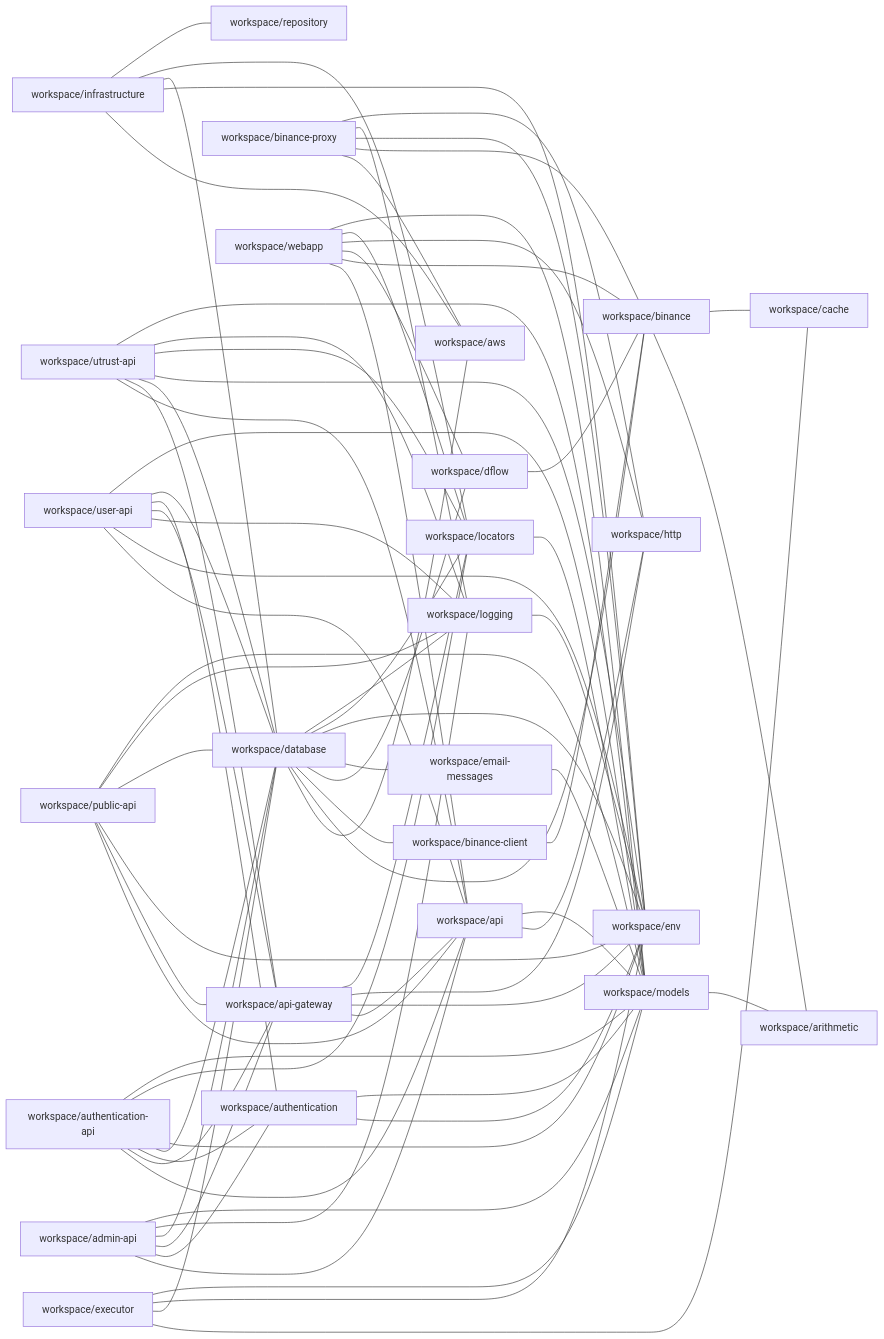
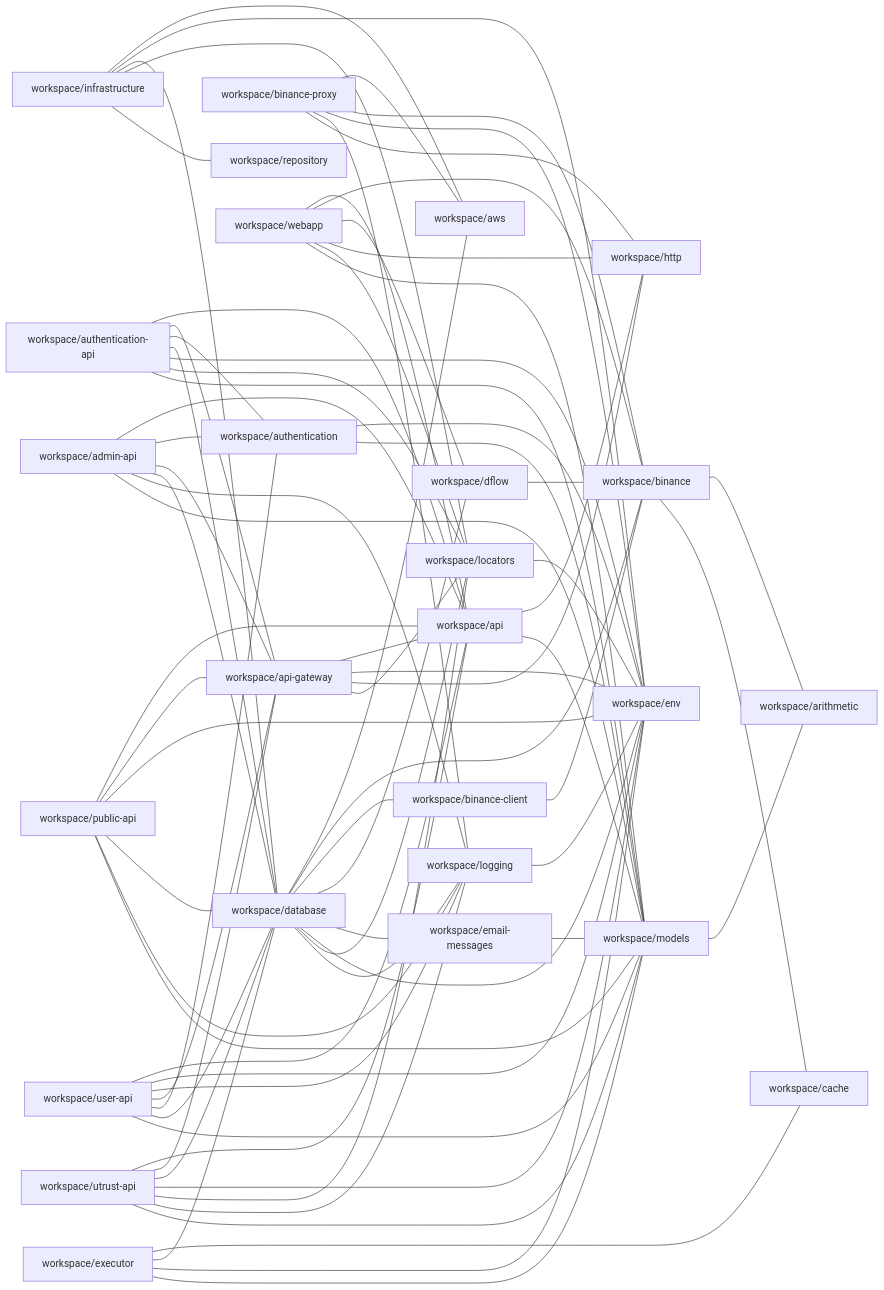
Before and after one commit to ggbot-org/ggbot: the diagram in docs/npm-dependencies.md, drawn with Mermaid. The commit also changed 18 other files, not shown here.

````diff
--- a/docs/npm-dependencies.md
+++ b/docs/npm-dependencies.md
@@ -5,80 +5,80 @@
 ```mermaid
 graph LR
     workspace/admin-api --- workspace/api
     workspace/admin-api --- workspace/authentication
     workspace/admin-api --- workspace/api-gateway
     workspace/admin-api --- workspace/database
     workspace/admin-api --- workspace/logging
     workspace/admin-api --- workspace/models
     workspace/api --- workspace/http
     workspace/api --- workspace/models
     workspace/api-gateway --- workspace/api
     workspace/api-gateway --- workspace/env
     workspace/api-gateway --- workspace/http
     workspace/api-gateway --- workspace/locators
     workspace/authentication --- workspace/env
     workspace/authentication --- workspace/models
     workspace/authentication-api --- workspace/api
     workspace/authentication-api --- workspace/api-gateway
     workspace/authentication-api --- workspace/authentication
     workspace/authentication-api --- workspace/database
     workspace/authentication-api --- workspace/env
     workspace/authentication-api --- workspace/locators
     workspace/authentication-api --- workspace/models
     workspace/binance --- workspace/arithmetic
     workspace/binance --- workspace/cache
     workspace/binance-client --- workspace/binance
     workspace/binance-proxy --- workspace/aws
     workspace/binance-proxy --- workspace/binance
     workspace/binance-proxy --- workspace/env
     workspace/binance-proxy --- workspace/logging
     workspace/binance-proxy --- workspace/http
     workspace/database --- workspace/aws
     workspace/database --- workspace/binance
     workspace/database --- workspace/binance-client
     workspace/database --- workspace/dflow
     workspace/database --- workspace/email-messages
     workspace/database --- workspace/env
     workspace/database --- workspace/locators
     workspace/database --- workspace/logging
     workspace/dflow --- workspace/binance
     workspace/email-messages --- workspace/models
     workspace/executor --- workspace/cache
     workspace/executor --- workspace/database
     workspace/executor --- workspace/env
     workspace/executor --- workspace/models
     workspace/infrastructure --- workspace/aws
     workspace/infrastructure --- workspace/env
     workspace/infrastructure --- workspace/database
     workspace/infrastructure --- workspace/locators
     workspace/infrastructure --- workspace/repository
-    workspace/locators --- workspace/models
+    workspace/locators --- workspace/env
     workspace/logging --- workspace/env
     workspace/models --- workspace/arithmetic
     workspace/public-api --- workspace/api
     workspace/public-api --- workspace/api-gateway
     workspace/public-api --- workspace/env
     workspace/public-api --- workspace/database
     workspace/public-api --- workspace/logging
     workspace/public-api --- workspace/models
     workspace/user-api --- workspace/api
     workspace/user-api --- workspace/env
     workspace/user-api --- workspace/logging
     workspace/user-api --- workspace/api-gateway
     workspace/user-api --- workspace/authentication
     workspace/user-api --- workspace/database
     workspace/user-api --- workspace/models
     workspace/utrust-api --- workspace/api
     workspace/utrust-api --- workspace/api-gateway
     workspace/utrust-api --- workspace/database
     workspace/utrust-api --- workspace/env
     workspace/utrust-api --- workspace/locators
     workspace/utrust-api --- workspace/logging
     workspace/utrust-api --- workspace/models
     workspace/webapp --- workspace/api
     workspace/webapp --- workspace/binance
     workspace/webapp --- workspace/dflow
     workspace/webapp --- workspace/http
     workspace/webapp --- workspace/locators
     workspace/webapp --- workspace/models
 ```
````
